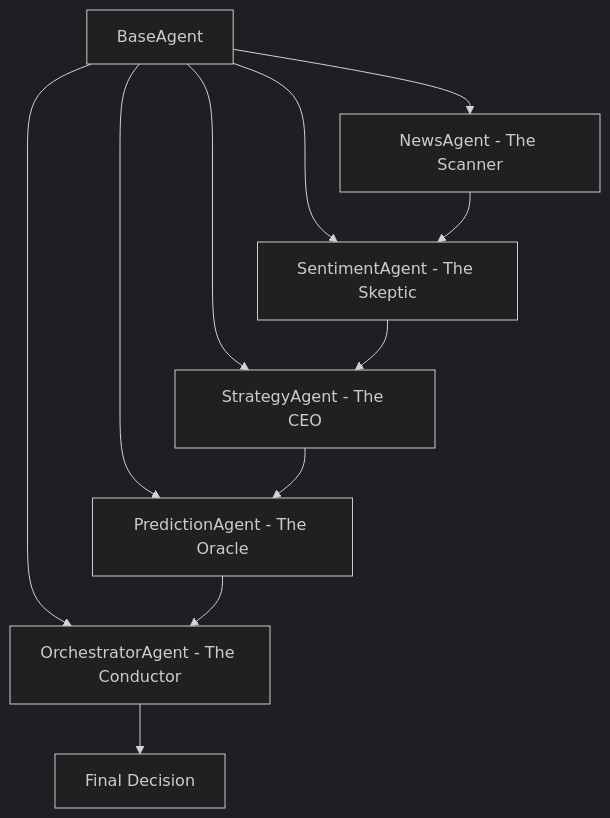
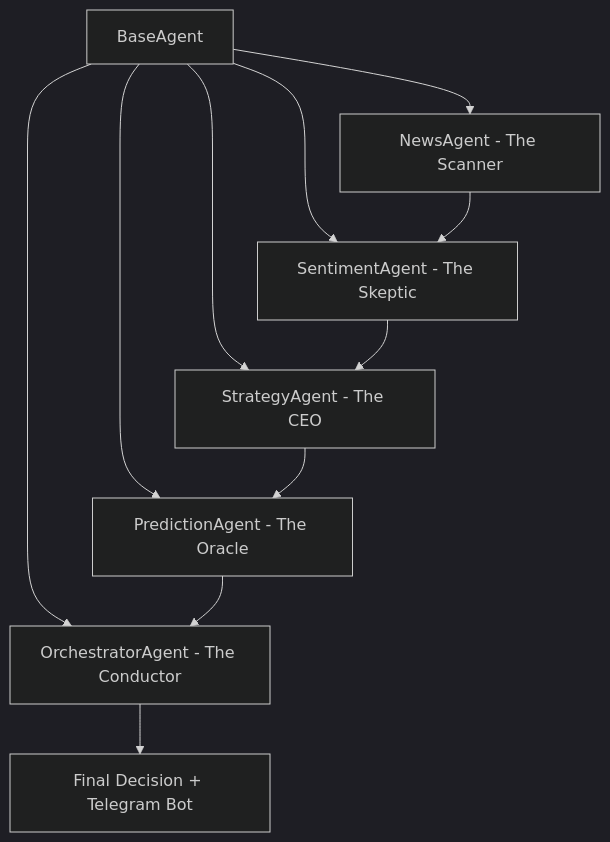
One commit to AliBesher/nvidia-multiagent-predictor changed the diagram in README.md. Above: the diagram before and after it, drawn with Mermaid (dark theme). The commit also changed other lines of this file and 5 other files, not shown here.

````diff
--- a/README.md
+++ b/README.md
@@ -53,14 +53,14 @@
 ```mermaid
 graph TD
     A[BaseAgent] --> B[SentimentAgent - The Skeptic]
     A --> C[StrategyAgent - The CEO]
     A --> D[NewsAgent - The Scanner]
     A --> E[PredictionAgent - The Oracle]
     A --> F[OrchestratorAgent - The Conductor]
     
+    D --> B
     B --> C
-    D --> B
     C --> E
     E --> F
-    F --> G[Final Decision]
+    F --> G[Final Decision + Telegram Bot]
 ```
````
